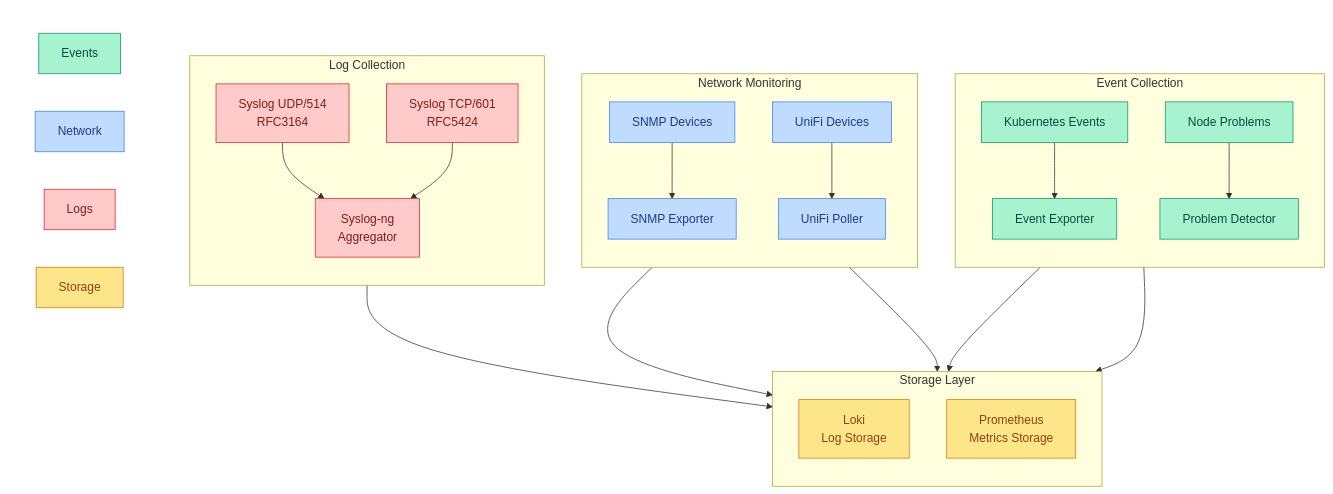
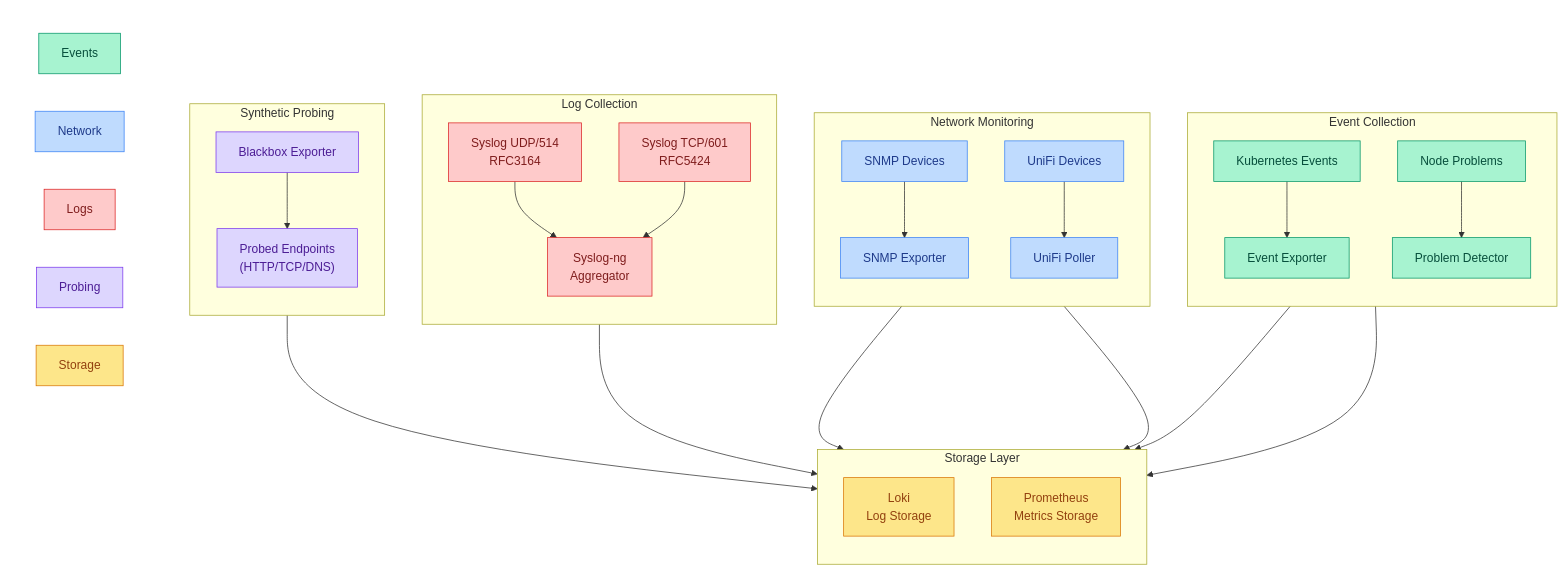
One commit to ppat/homelab-ops-kubernetes-apps changed the diagram in infrastructure/subsystems/observability-extra/README.md. Above: the diagram before and after it, drawn with Mermaid. The commit also changed other lines of this file and 7 other files, not shown here.

First line of the commit message:
feat(infra-observability-extra): deploy blackbox exporter for endpoint probing

```diff
--- a/infrastructure/subsystems/observability-extra/README.md
+++ b/infrastructure/subsystems/observability-extra/README.md
@@ -50,6 +60,7 @@
     classDef network fill:#bfdbfe,stroke:#3b82f6,color:#1e3a8a
     classDef log fill:#fecaca,stroke:#dc2626,color:#7f1d1d
     classDef storage fill:#fde68a,stroke:#d97706,color:#92400e
+    classDef probe fill:#ddd6fe,stroke:#7c3aed,color:#4c1d95
     classDef infra fill:#e5e7eb,stroke:#6b7280,color:#374151
     classDef legend fill:none,stroke:none,color:#6b7280
 
@@ -79,6 +90,13 @@
         syslog-ng["Syslog-ng<br/>Aggregator"]:::log
     end
 
+    %% Probing
+    subgraph probing["Synthetic Probing"]
+        direction TB
+        probe-targets["Probed Endpoints<br/>(HTTP/TCP/DNS)"]:::probe
+        blackbox-exporter["Blackbox Exporter"]:::probe
+    end
+
     %% Storage
     subgraph storage["Storage Layer"]
         direction TB
@@ -103,12 +121,17 @@
     rfc5424 --> syslog-ng
     syslog-ng --> loki
 
+    %% Probing Flow
+    blackbox-exporter --> probe-targets
+    blackbox-exporter --> prometheus
+
     %% Legend
     subgraph Legend[" "]
         direction LR
         event-l["Events"]:::event
         network-l["Network"]:::network
         log-l["Logs"]:::log
+        probe-l["Probing"]:::probe
         storage-l["Storage"]:::storage
         style Legend fill:none,stroke:none
     end
```
